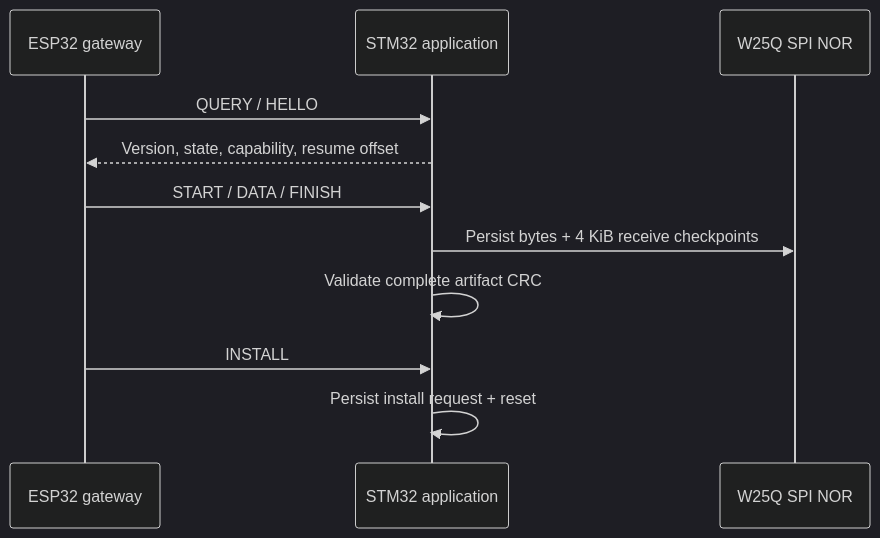
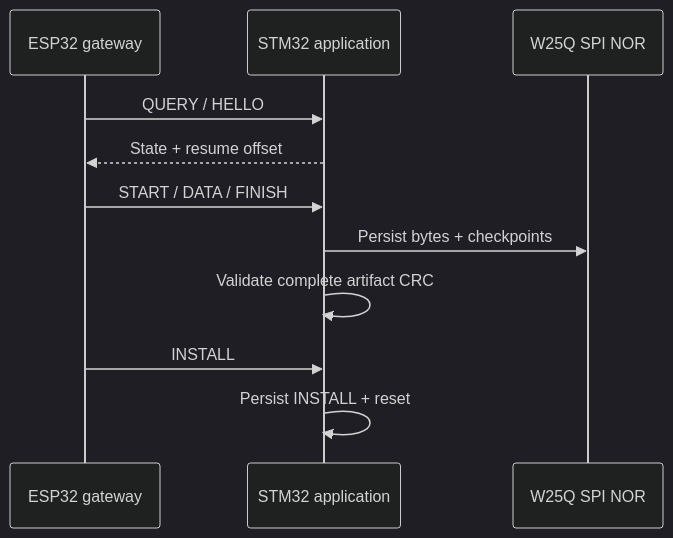
Before and after one commit to haikevins/secure-delta-ota-bootloader: the fourth of 8 diagrams in README.md, drawn with Mermaid (dark theme). The commit also changed other lines of this file and 11 other files, not shown here.

````diff
--- a/README.md
+++ b/README.md
@@ -145,14 +145,14 @@
 ```mermaid
 sequenceDiagram
     participant G as ESP32 gateway
     participant A as STM32 application
     participant F as W25Q SPI NOR
 
     G->>A: QUERY / HELLO
-    A-->>G: Version, state, capability, resume offset
+    A-->>G: State + resume offset
     G->>A: START / DATA / FINISH
-    A->>F: Persist bytes + 4 KiB receive checkpoints
+    A->>F: Persist bytes + checkpoints
     A->>A: Validate complete artifact CRC
     G->>A: INSTALL
-    A->>A: Persist install request + reset
+    A->>A: Persist INSTALL + reset
 ```
````
